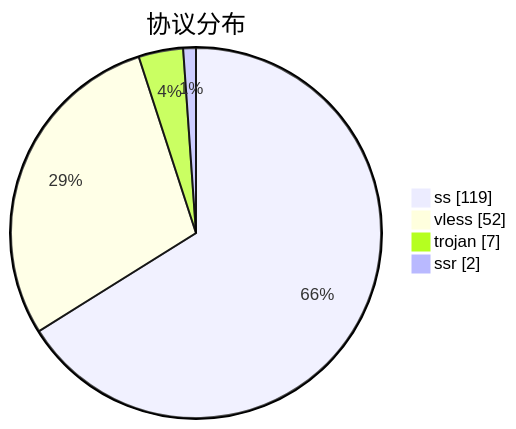
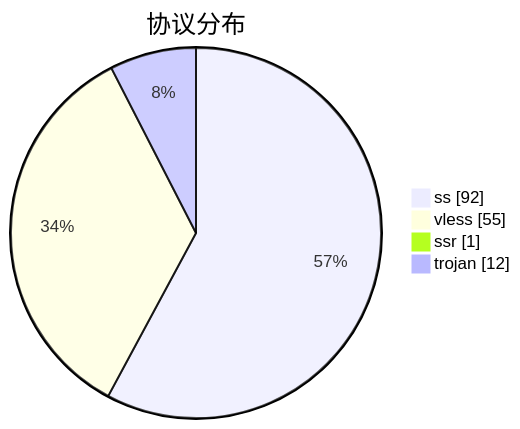
The third of 3 diagrams in subs/statistics/tested_within.md (qjlxg/airport), drawn with Mermaid before and after one commit. The commit also changed other lines of this file and 2 other files, not shown here.

````diff
--- a/subs/statistics/tested_within.md
+++ b/subs/statistics/tested_within.md
@@ -32,8 +27,8 @@
 ```mermaid
 pie showData
 title 协议分布
-"ss" : 119
-"vless" : 52
-"trojan" : 7
-"ssr" : 2
+"ss" : 92
+"vless" : 55
+"ssr" : 1
+"trojan" : 12
 ```
````
